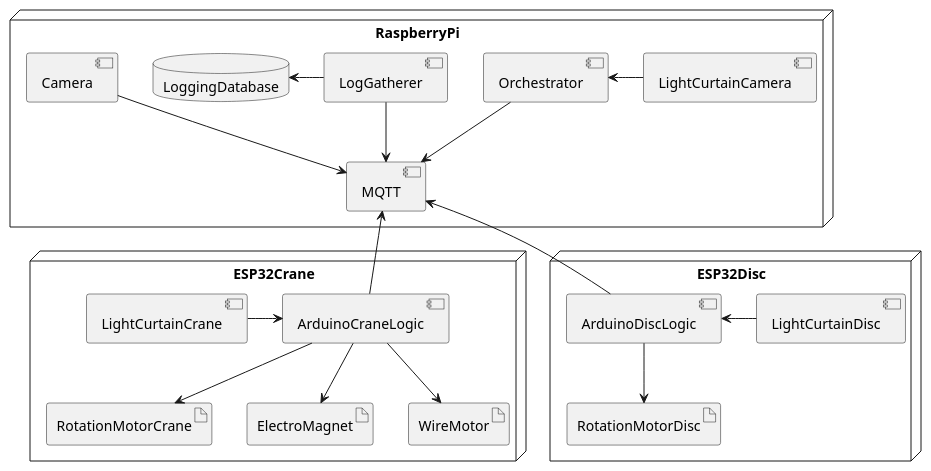
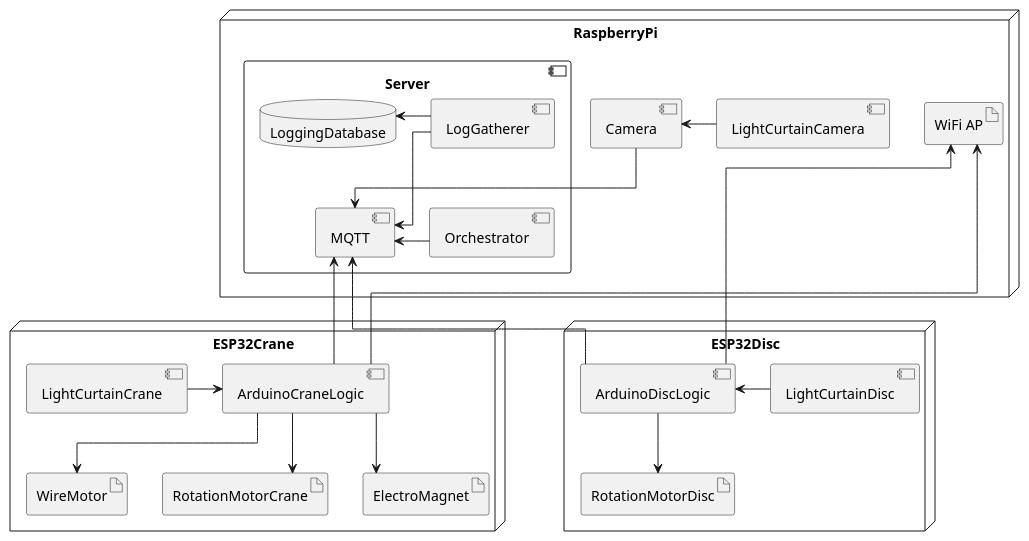
The diagram in SemesterProject/docs/diagrams/infrastructure-v2.puml (devantler/software-engineering-f22-shared), drawn with PlantUML before and after one commit.

```diff
--- a/SemesterProject/docs/diagrams/infrastructure-v2.puml
+++ b/SemesterProject/docs/diagrams/infrastructure-v2.puml
@@ -1,44 +1,49 @@
 @startuml
 node RaspberryPi {
-    database LoggingDatabase
-    component LogGatherer
-    component Orchestrator
+    component Server {
+        component MQTT
+        database LoggingDatabase
+        component LogGatherer
+        component Orchestrator
+    }
     component Camera
-    component MQTT
+    
     component LightCurtainCamera
+    artifact WiFiAP as "WiFi AP"
 }
 node ESP32Crane {
     component ArduinoCraneLogic
     artifact RotationMotorCrane
     artifact ElectroMagnet
     artifact WireMotor
     component LightCurtainCrane
 }
 
 node ESP32Disc {
     component ArduinoDiscLogic
     artifact RotationMotorDisc
     component LightCurtainDisc
 }
 
-Orchestrator --> MQTT
-Camera --> MQTT
+Orchestrator -left-> MQTT
+Camera -down-> MQTT
 ArduinoCraneLogic -up-> MQTT
 ArduinoDiscLogic -up-> MQTT
 
 ArduinoCraneLogic -down-> RotationMotorCrane
 ArduinoCraneLogic  -down-> WireMotor
 ArduinoCraneLogic -down-> ElectroMagnet
 LightCurtainCrane -> ArduinoCraneLogic 
 
 ArduinoDiscLogic -down->RotationMotorDisc
 LightCurtainDisc -left->ArduinoDiscLogic 
 
-LightCurtainCamera -left-> Orchestrator 
+LightCurtainCamera -left-> Camera
 
 LogGatherer --> MQTT
 LogGatherer -left-> LoggingDatabase
 
-
-
+ArduinoDiscLogic -up-> WiFiAP
+ArduinoCraneLogic --> WiFiAP
+skinparam linetype ortho
 @enduml
```
